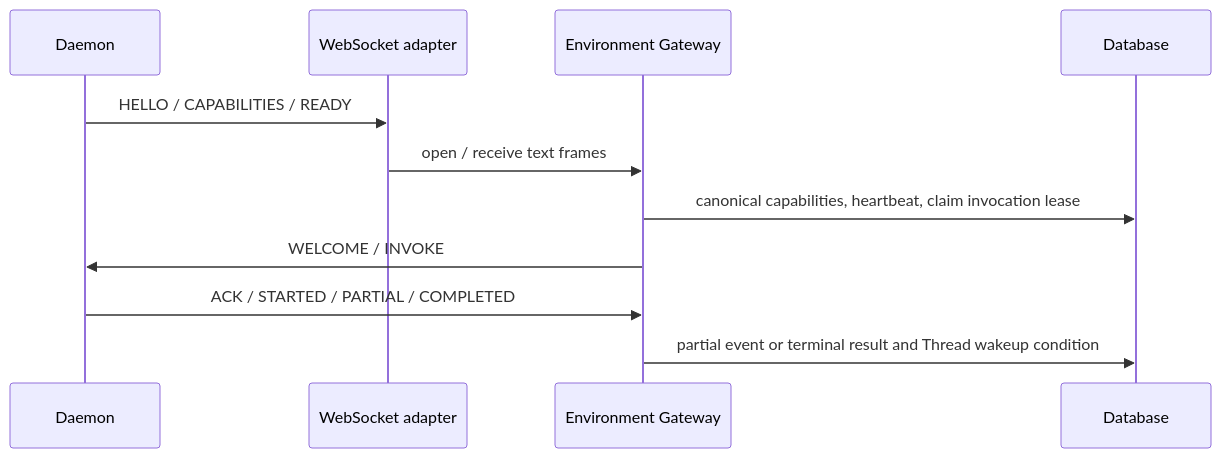
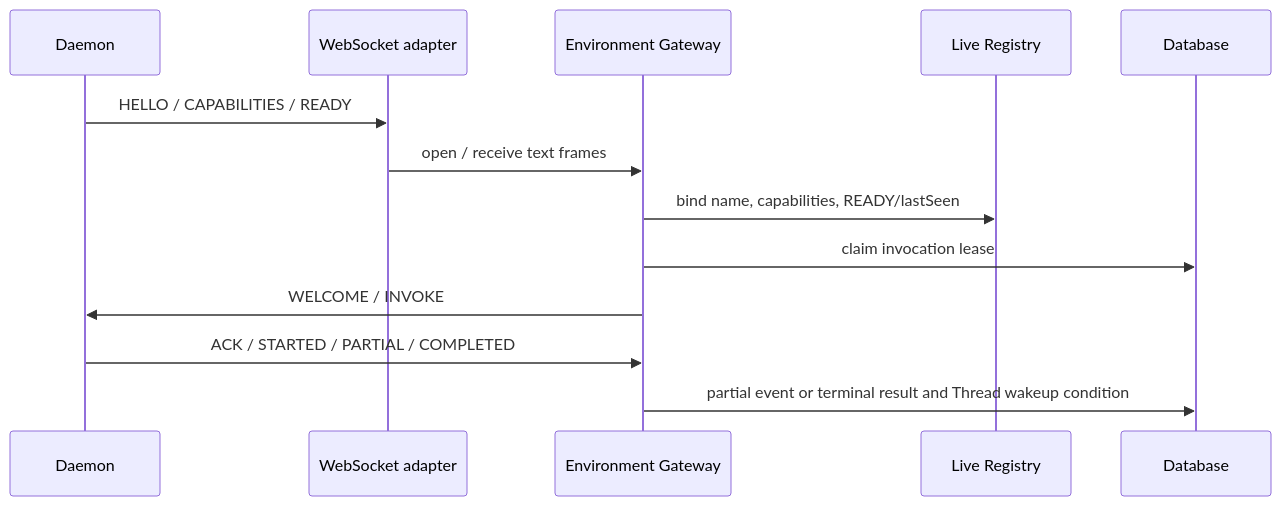
Before and after one commit to fengwk/kk-studio: the diagram in docs/technical-solution/environment-daemon-gateway.md, drawn with Mermaid. The commit also changed other lines of this file and 61 other files, not shown here.

First line of the commit message:
feat(environment): replace persistent tool_environment with live name registry

````diff
--- a/docs/technical-solution/environment-daemon-gateway.md
+++ b/docs/technical-solution/environment-daemon-gateway.md
@@ -88,14 +104,16 @@
 ```mermaid
 sequenceDiagram
     participant D as Daemon
     participant W as WebSocket adapter
     participant G as Environment Gateway
+    participant R as Live Registry
     participant DB as Database
 
     D->>W: HELLO / CAPABILITIES / READY
     W->>G: open / receive text frames
-    G->>DB: canonical capabilities, heartbeat, claim invocation lease
+    G->>R: bind name, capabilities, READY/lastSeen
+    G->>DB: claim invocation lease
     G->>D: WELCOME / INVOKE
     D->>G: ACK / STARTED / PARTIAL / COMPLETED
     G->>DB: partial event or terminal result and Thread wakeup condition
 ```
````
